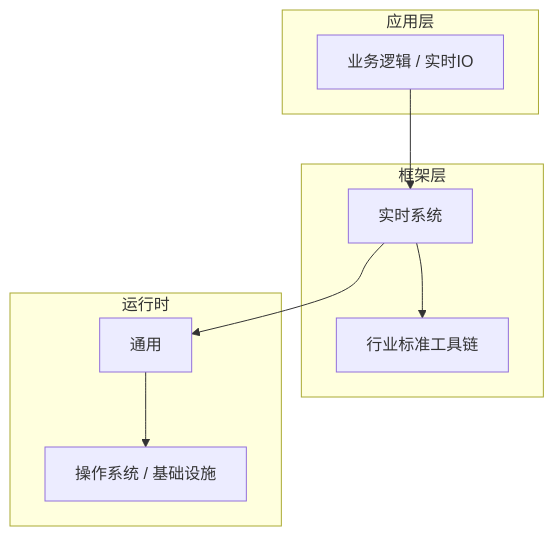
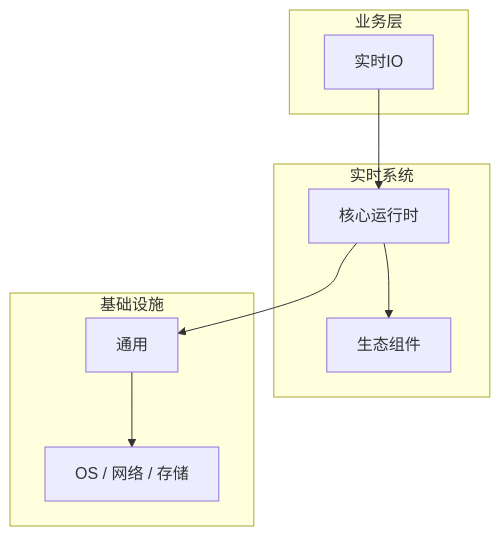
The diagram in articles/实时系统/chapters/033-实时IO核心概念与原理.md (yanggan2015/knowledge-json-v2), drawn with Mermaid before and after one commit. The commit also changed other lines of this file and 10127 other files, not shown here.

````diff
--- a/articles/实时系统/chapters/033-实时IO核心概念与原理.md
+++ b/articles/实时系统/chapters/033-实时IO核心概念与原理.md
@@ -45,18 +34,18 @@
 ```mermaid
 graph TB
-    subgraph 应用层
-        A[业务逻辑 / 实时IO]
+    subgraph 业务层
+        A[实时IO]
     end
-    subgraph 框架层
-        B[实时系统]
-        C[行业标准工具链]
+    subgraph 实时系统
+        B[核心运行时]
+        C[生态组件]
     end
-    subgraph 运行时
+    subgraph 基础设施
         D[通用]
-        E[操作系统 / 基础设施]
+        E[OS / 网络 / 存储]
     end
     A --> B
     B --> C
     B --> D
     D --> E
 ```
````
